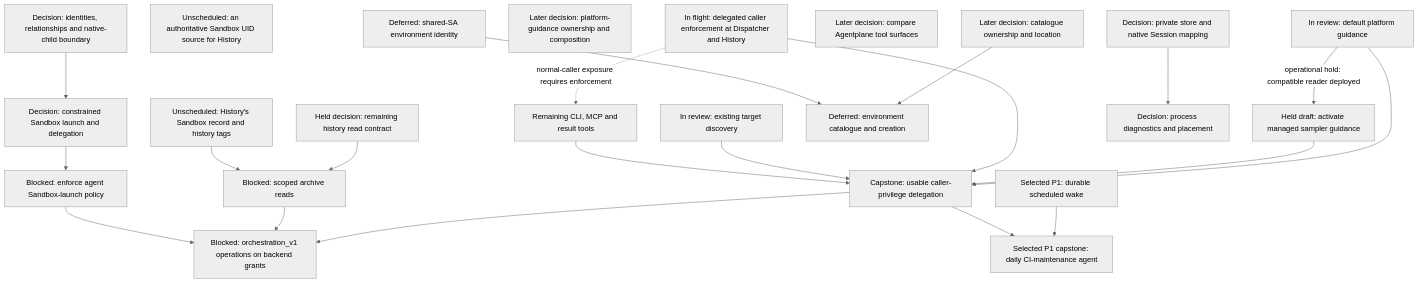
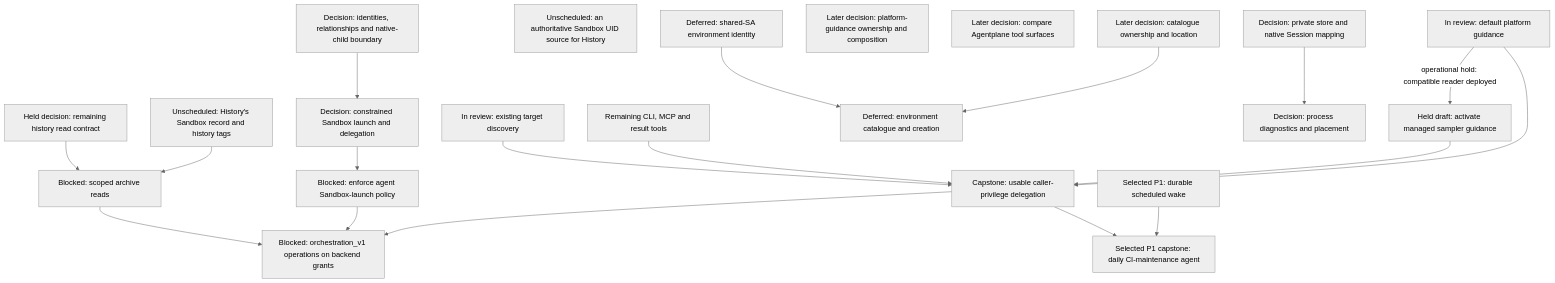
One commit to agentydragon/ducktape changed the fourth of 18 diagrams in agentplane/plans/task_dag.md. Above: the diagram before and after it, drawn with Mermaid (neutral theme). The commit also changed other lines of this file and 6 other files, not shown here.

````diff
--- a/agentplane/plans/task_dag.md
+++ b/agentplane/plans/task_dag.md
@@ -438,45 +432,42 @@
 ```mermaid
 flowchart TD
     MULTIAGENT_MODEL[Decision: identities, relationships and native-child boundary]
     THREAD_READ_POLICY_DESIGN[Held decision: remaining history read contract]
     HISTORY_SANDBOX_RECORD[Unscheduled: History's Sandbox record and history tags]
     THREAD_READ_POLICY[Blocked: scoped archive reads]
     HISTORY_SANDBOX_ASSOCIATION_SOURCE[Unscheduled: an authoritative Sandbox UID source for History]
     SESSION_PLATFORM_GUIDANCE[In review: default platform guidance]
     SESSION_PLATFORM_GUIDANCE_ACTIVATION[Held draft: activate managed sampler guidance]
     PLATFORM_GUIDANCE_OWNERSHIP_DESIGN[Later decision: platform-guidance ownership and composition]
-    SESSION_DELEGATION_RECEIVER_ADMISSION[In flight: delegated caller enforcement at Dispatcher and History]
     SESSION_TARGET_DISCOVERY[In review: existing target discovery]
     SESSION_DELEGATION_TOOLS[Remaining CLI, MCP and result tools]
     SESSION_TOOL_SURFACE_CONVERGENCE_DESIGN[Later decision: compare Agentplane tool surfaces]
     ENVIRONMENT_SHARED_ACCOUNT[Deferred: shared-SA environment identity]
     ENVIRONMENT_TEMPLATE_CATALOGUE_DESIGN[Later decision: catalogue ownership and location]
     ENVIRONMENT_MANAGEMENT[Deferred: environment catalogue and creation]
     THREAD_CREATE_AUTHORIZATION[Capstone: usable caller-privilege delegation]
     AGENT_LAUNCH_POLICY_DESIGN[Decision: constrained Sandbox launch and delegation]
     AGENT_SANDBOX_LAUNCH[Blocked: enforce agent Sandbox-launch policy]
     MULTIAGENT_MODEL --> AGENT_LAUNCH_POLICY_DESIGN
     THREAD_READ_POLICY_DESIGN --> THREAD_READ_POLICY
     HISTORY_SANDBOX_RECORD --> THREAD_READ_POLICY
     SESSION_PLATFORM_GUIDANCE --> THREAD_CREATE_AUTHORIZATION
     SESSION_PLATFORM_GUIDANCE -->|operational hold: compatible reader deployed| SESSION_PLATFORM_GUIDANCE_ACTIVATION
     SESSION_PLATFORM_GUIDANCE_ACTIVATION --> THREAD_CREATE_AUTHORIZATION
-    SESSION_DELEGATION_RECEIVER_ADMISSION --> THREAD_CREATE_AUTHORIZATION
-    SESSION_DELEGATION_RECEIVER_ADMISSION -. normal-caller exposure requires enforcement .-> SESSION_DELEGATION_TOOLS
     SESSION_TARGET_DISCOVERY --> THREAD_CREATE_AUTHORIZATION
     SESSION_DELEGATION_TOOLS --> THREAD_CREATE_AUTHORIZATION
     ENVIRONMENT_TEMPLATE_CATALOGUE_DESIGN --> ENVIRONMENT_MANAGEMENT
     ENVIRONMENT_SHARED_ACCOUNT --> ENVIRONMENT_MANAGEMENT
     SCHEDULED_AGENT_WAKE[Selected P1: durable scheduled wake]
     DAILY_CI_AGENT[Selected P1 capstone: daily CI-maintenance agent]
     SCHEDULED_AGENT_WAKE --> DAILY_CI_AGENT
     THREAD_CREATE_AUTHORIZATION --> DAILY_CI_AGENT
     AGENT_LAUNCH_POLICY_DESIGN --> AGENT_SANDBOX_LAUNCH
     ORCHESTRATION_V1_BACKEND_GRANTS[Blocked: orchestration_v1 operations on backend grants]
     THREAD_CREATE_AUTHORIZATION --> ORCHESTRATION_V1_BACKEND_GRANTS
     THREAD_READ_POLICY --> ORCHESTRATION_V1_BACKEND_GRANTS
     AGENT_SANDBOX_LAUNCH --> ORCHESTRATION_V1_BACKEND_GRANTS
     RUNNER_HARNESS_OBJECTS_DESIGN[Decision: process diagnostics and placement]
     HARNESS_IDENTITY_DESIGN[Decision: private store and native Session mapping]
     HARNESS_IDENTITY_DESIGN --> RUNNER_HARNESS_OBJECTS_DESIGN
 ```
````
